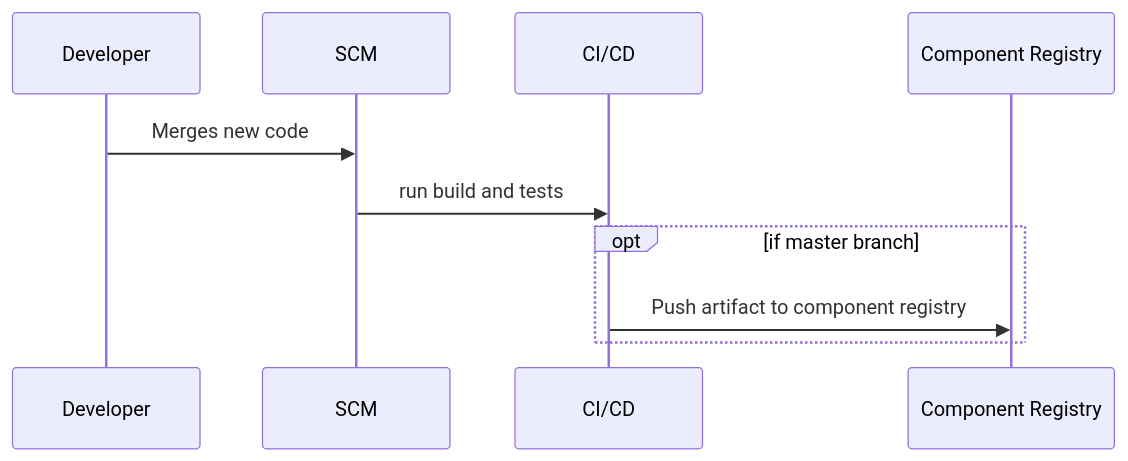
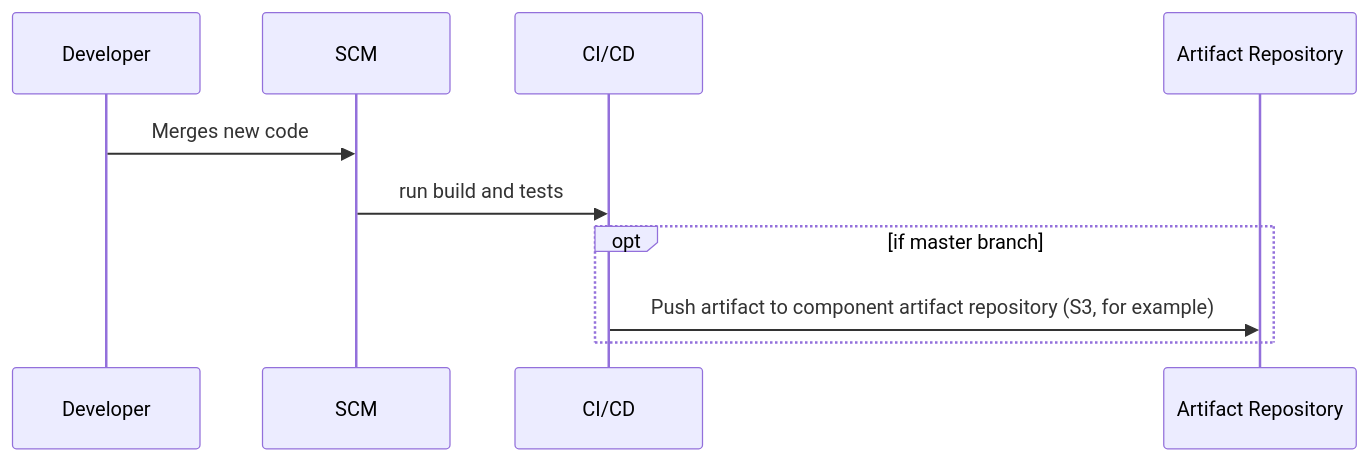
The first of 2 diagrams in docs/src/topics/deployment/overview.md (mach-composer/mach-composer-cli), drawn with Mermaid before and after one commit. The commit also changed other lines of this file and 9 other files, not shown here.

```diff
--- a/docs/src/topics/deployment/overview.md
+++ b/docs/src/topics/deployment/overview.md
@@ -29,13 +29,13 @@
 <div class="mermaid">
 sequenceDiagram
     participant D as Developer
     participant S as SCM
     participant CI as CI/CD
-    participant C as Component Registry
+    participant C as Artifact Repository
 
     D->>S: Merges new code
     S->>CI: run build and tests
     opt if master branch
-        CI->>C: Push artifact to component registry
+        CI->>C: Push artifact to component artifact repository (S3, for example)
     end
 </div>
```
